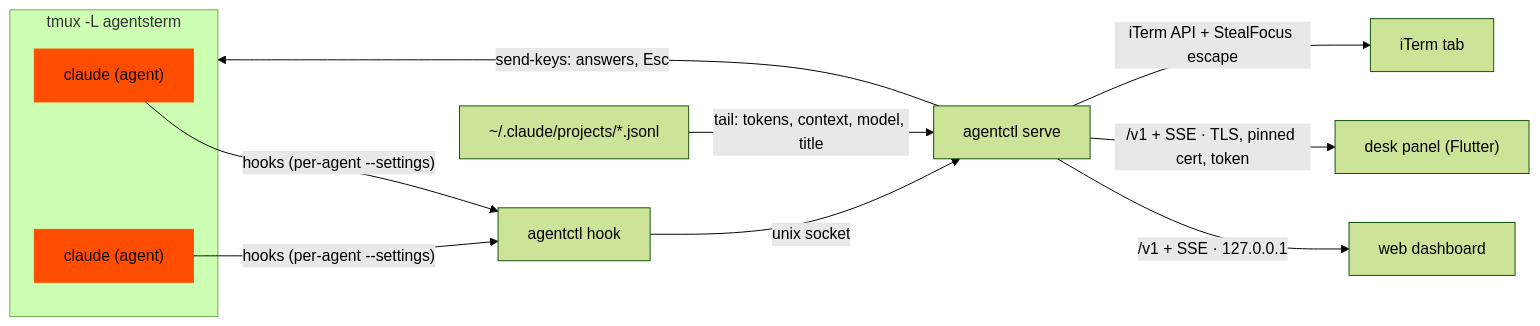
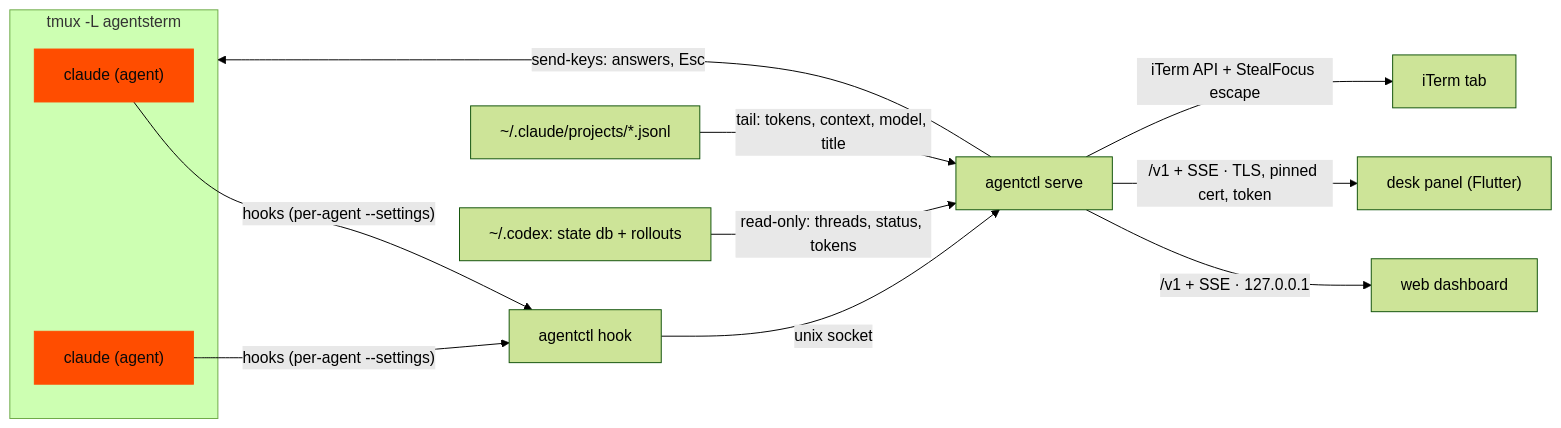
Before and after one commit to brushknight/agents-deck: the diagram in README.md, drawn with Mermaid (forest theme). The commit also changed other lines of this file and 4 other files, not shown here.

First line of the commit message:
Codex: read huge rollouts from the tail; README covers Codex

````diff
--- a/README.md
+++ b/README.md
@@ -81,15 +93,16 @@
 ```mermaid
 flowchart LR
   subgraph tmux["tmux -L agentsterm"]
     C1["claude (agent)"]:::a
     C2["claude (agent)"]:::a
   end
   C1 & C2 -- "hooks (per-agent --settings)" --> H["agentctl hook"]
   H -- unix socket --> D["agentctl serve"]
   T["~/.claude/projects/*.jsonl"] -- "tail: tokens, context, model, title" --> D
   D -- "send-keys: answers, Esc" --> tmux
   D -- "/v1 + SSE · 127.0.0.1" --> W["web dashboard"]
   D -- "/v1 + SSE · TLS, pinned cert, token" --> P["desk panel (Flutter)"]
   D -- "iTerm API + StealFocus escape" --> I["iTerm tab"]
+  X["~/.codex: state db + rollouts"] -- "read-only: threads, status, tokens" --> D
   classDef a fill:#FF4D00,color:#0A0A0A,stroke:#FF4D00
 ```
````
